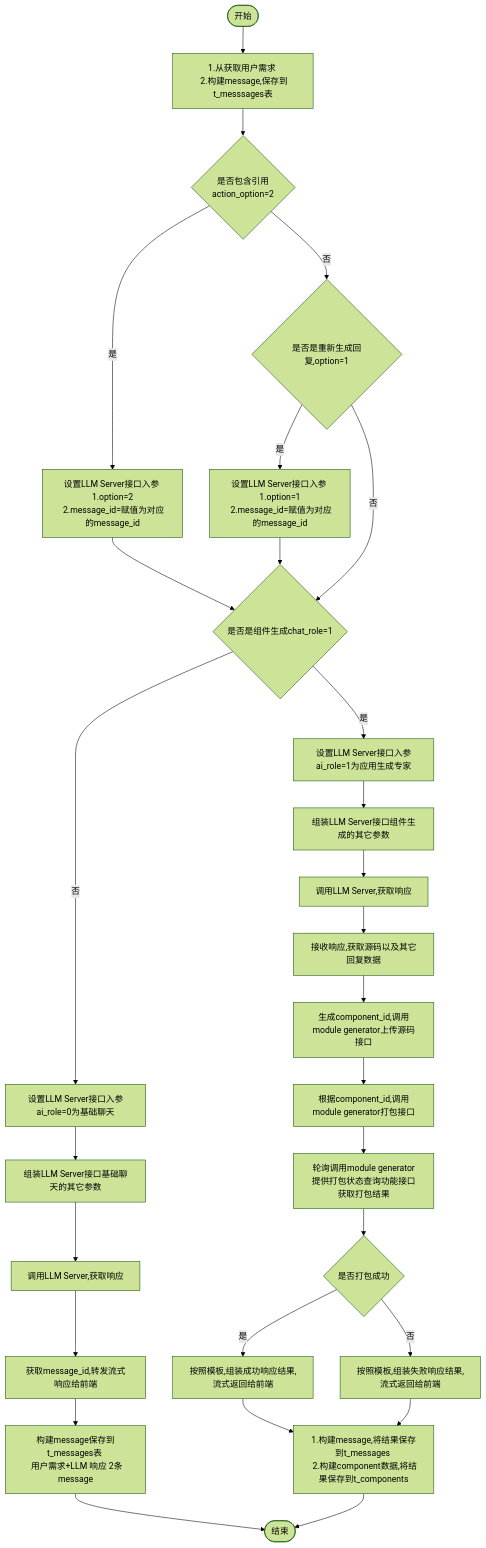
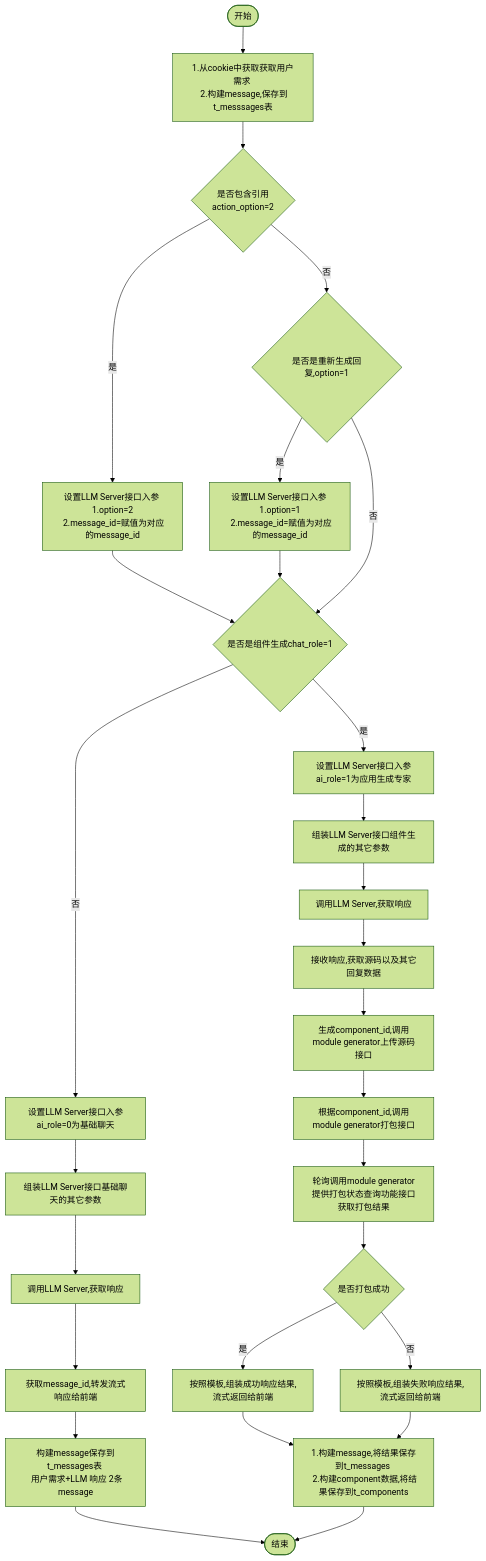
The diagram in all/w3-会话-不需要传递message.md (yingjianzh/iodraw-files), drawn with Mermaid (forest theme) before and after one commit.

Commit message:
2024-10-15 14:20:12 update

````diff
--- a/all/w3-会话-不需要传递message.md
+++ b/all/w3-会话-不需要传递message.md
@@ -1,34 +1,34 @@
 ```mermaid
 flowchart TD
-    A([开始]) --> B[1.从获取用户需求 \n 2.构建message,保存到t_messsages表]
+    A([开始]) --> B[1.从cookie中获取获取用户需求 \n 2.构建message,保存到t_messsages表]
     B--> D{是否包含引用 \n action_option=2}
     D -- 是 --> E[设置LLM Server接口入参 \n 1.option=2 \n 2.message_id=赋值为对应的message_id]
     D -- 否 --> F{是否是重新生成回复,option=1}
     F -- 是 --> G[设置LLM Server接口入参 \n 1.option=1 \n 2.message_id=赋值为对应的message_id]
     F -- 否 --> I
      
     E & G --> I{是否是组件生成chat_role=1}
     I -- 否 --> K[设置LLM Server接口入参ai_role=0为基础聊天]
     I -- 是 --> J[设置LLM Server接口入参ai_role=1为应用生成专家]
     
 
     J --> L[组装LLM Server接口组件生成的其它参数]    
     K --> M[组装LLM Server接口基础聊天的其它参数]    
     M --> N[调用LLM Server,获取响应]    
     N --> O[获取message_id,转发流式响应给前端]
     O --> P[构建message保存到t_messages表 \n 用户需求+LLM 响应 2条message]
     P --> R([结束])
 
 
     L --> S[调用LLM Server,获取响应]
     S --> T[接收响应,获取源码以及其它回复数据]
     T --> U[生成component_id,调用module generator上传源码接口]
     U --> V[根据component_id,调用module generator打包接口]
     V --> W[轮询调用module generator提供打包状态查询功能接口获取打包结果]
     W --> X{是否打包成功}
     X -- 是 --> Y[按照模板,组装成功响应结果,流式返回给前端]
     X -- 否 --> Z[按照模板,组装失败响应结果,流式返回给前端]
 
     Y & Z --> Result[1.构建message,将结果保存到t_messages \n 2.构建component数据,将结果保存到t_components]
     Result --> R
 ```
````
